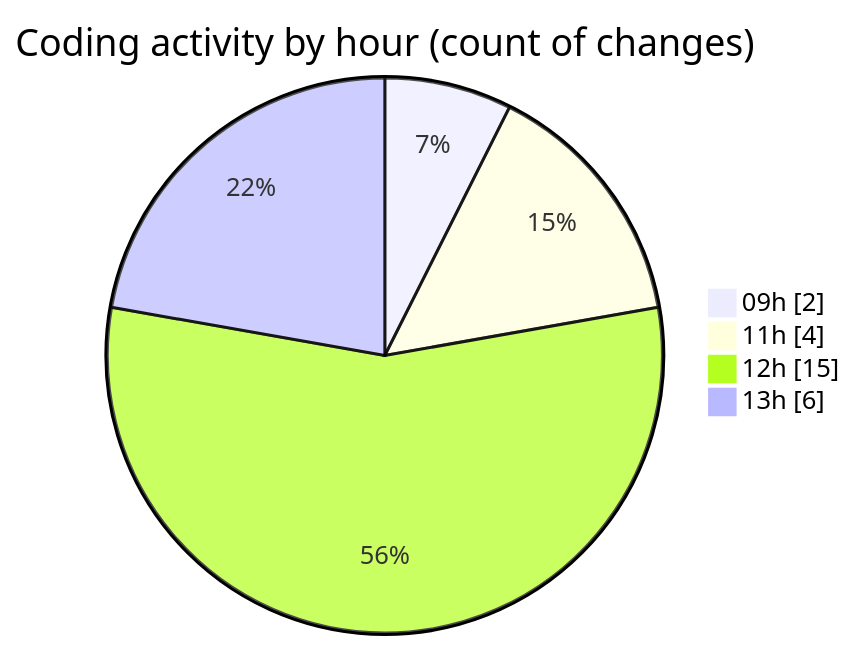
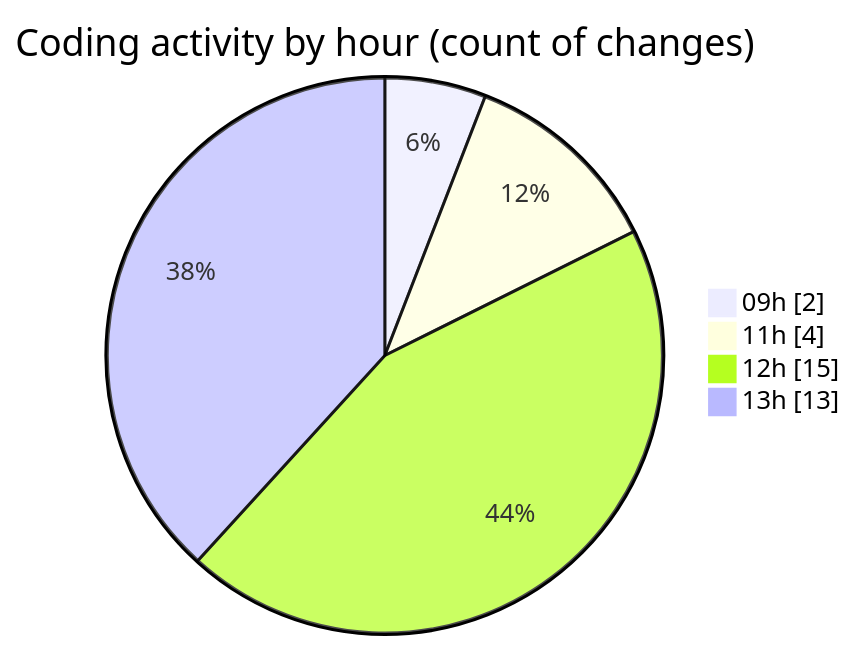
The second of 2 diagrams in 2025-04-30/niten/README.md (Elitesun/code-tracking), drawn with Mermaid before and after one commit. The commit also changed other lines of this file and 1 other file, not shown here.

````diff
--- a/2025-04-30/niten/README.md
+++ b/2025-04-30/niten/README.md
@@ -40,8 +42,8 @@
 ```mermaid
 pie showData
 title Coding activity by hour (count of changes)
 "09h" : 2
 "11h" : 4
 "12h" : 15
-"13h" : 6
+"13h" : 13
 ```
````
